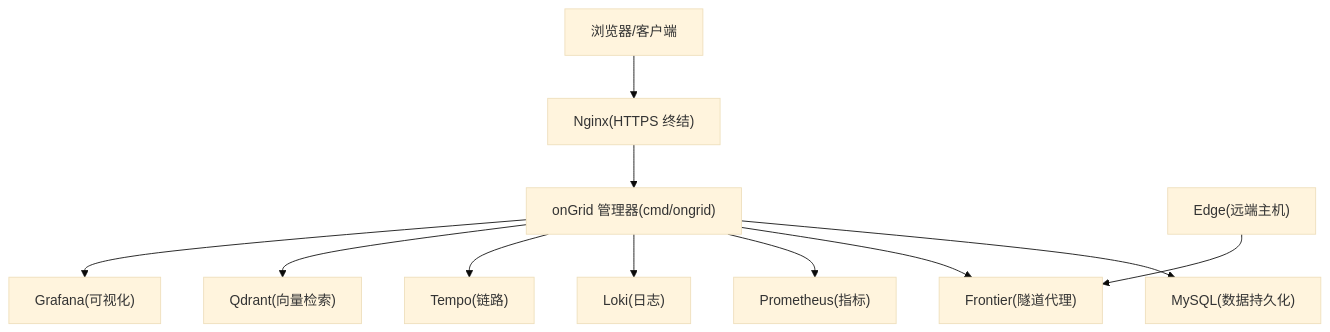
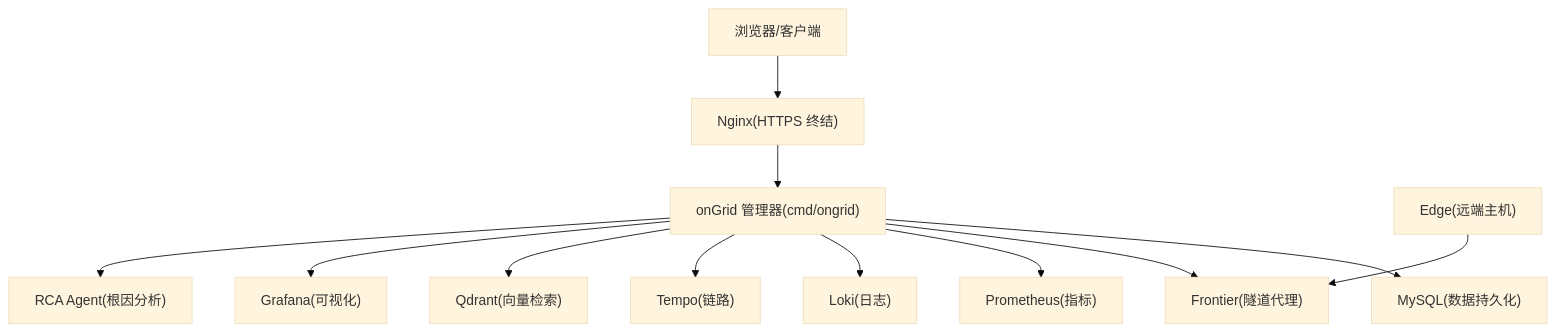
The first of 4 diagrams in .qoder/repowiki/zh/content/快速开始.md (xied1133-oss/ongrid), drawn with Mermaid (base theme) before and after one commit. The commit also changed other lines of this file and 30 other files, not shown here.

````diff
--- a/.qoder/repowiki/zh/content/快速开始.md
+++ b/.qoder/repowiki/zh/content/快速开始.md
@@ -54,13 +70,14 @@
 ```mermaid
 graph TB
 A["浏览器/客户端"] --> B["Nginx(HTTPS 终结)"]
 B --> C["onGrid 管理器(cmd/ongrid)"]
 C --> D["MySQL(数据持久化)"]
 C --> E["Frontier(隧道代理)"]
 C --> F["Prometheus(指标)"]
 C --> G["Loki(日志)"]
 C --> H["Tempo(链路)"]
 C --> I["Qdrant(向量检索)"]
 C --> J["Grafana(可视化)"]
 K["Edge(远端主机)"] --> E
+C --> L["RCA Agent(根因分析)"]
 ```
````
